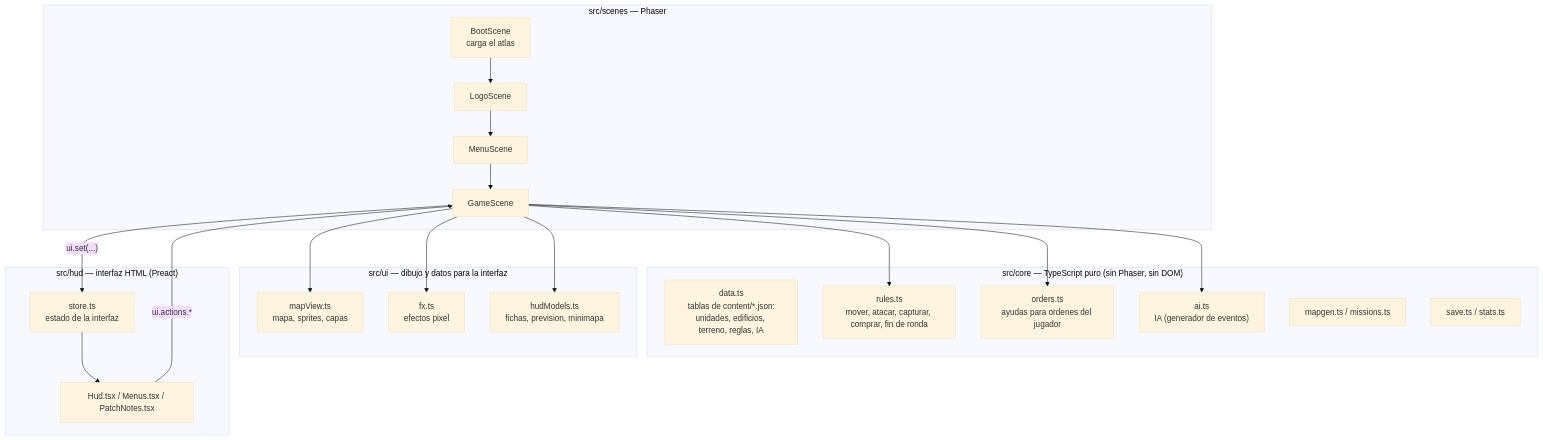
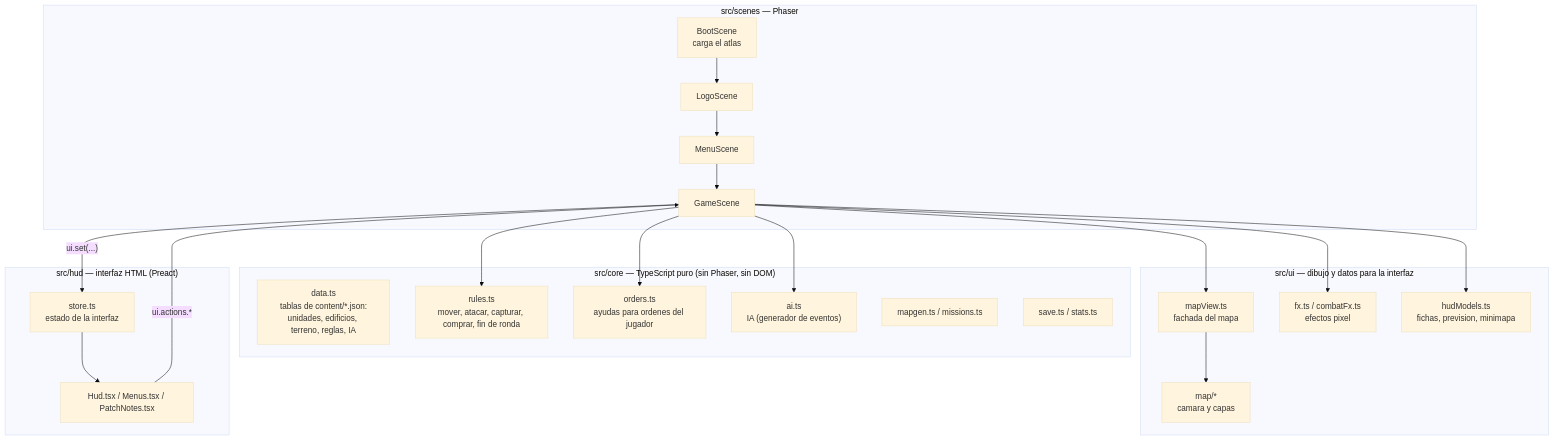
Before and after one commit to uSources/ilogic-remake: the first of 2 diagrams in docs/ARQUITECTURA.md, drawn with Mermaid (base theme). The commit also changed other lines of this file and 2 other files, not shown here.

First line of the commit message:
📝 Explicar las capas de la vista del mapa

````diff
--- a/docs/ARQUITECTURA.md
+++ b/docs/ARQUITECTURA.md
@@ -8,26 +8,26 @@
 ```mermaid
 flowchart TB
   subgraph core["src/core — TypeScript puro (sin Phaser, sin DOM)"]
     data["data.ts<br/>tablas de content/*.json:<br/>unidades, edificios, terreno, reglas, IA"]
     rules["rules.ts<br/>mover, atacar, capturar, comprar, fin de ronda"]
     orders["orders.ts<br/>ayudas para ordenes del jugador"]
     ai["ai.ts<br/>IA (generador de eventos)"]
     gen["mapgen.ts / missions.ts"]
     save["save.ts / stats.ts"]
   end
   subgraph scenes["src/scenes — Phaser"]
     boot["BootScene<br/>carga el atlas"] --> logo[LogoScene] --> menu[MenuScene] --> game[GameScene]
   end
   subgraph ui["src/ui — dibujo y datos para la interfaz"]
-    mapView["mapView.ts<br/>mapa, sprites, capas"]
-    fx["fx.ts<br/>efectos pixel"]
+    mapView["mapView.ts<br/>fachada del mapa"] --> layers["map/*<br/>camara y capas"]
+    fx["fx.ts / combatFx.ts<br/>efectos pixel"]
     hudModels["hudModels.ts<br/>fichas, prevision, minimapa"]
   end
   subgraph hud["src/hud — interfaz HTML (Preact)"]
     store["store.ts<br/>estado de la interfaz"] --> comps["Hud.tsx / Menus.tsx / PatchNotes.tsx"]
   end
   game --> rules & ai & orders
   game --> mapView & fx & hudModels
   game -- "ui.set(...)" --> store
   comps -- "ui.actions.*" --> game
 ```
````
